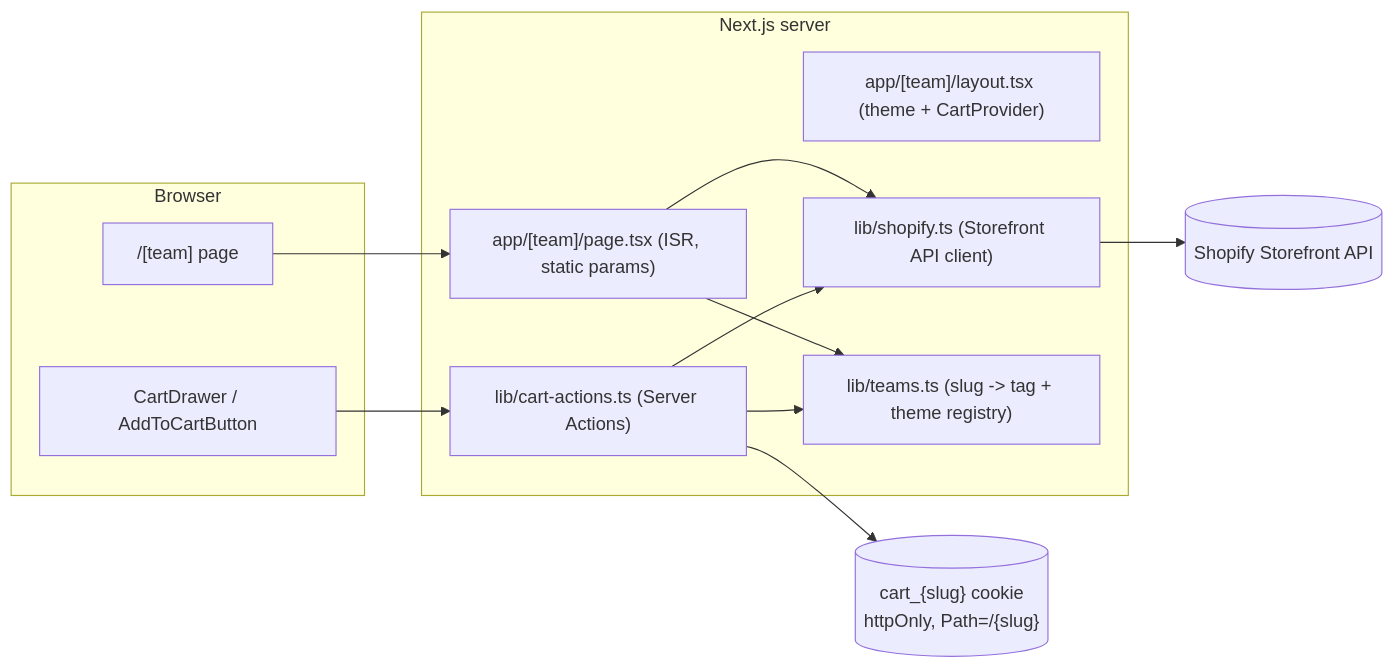
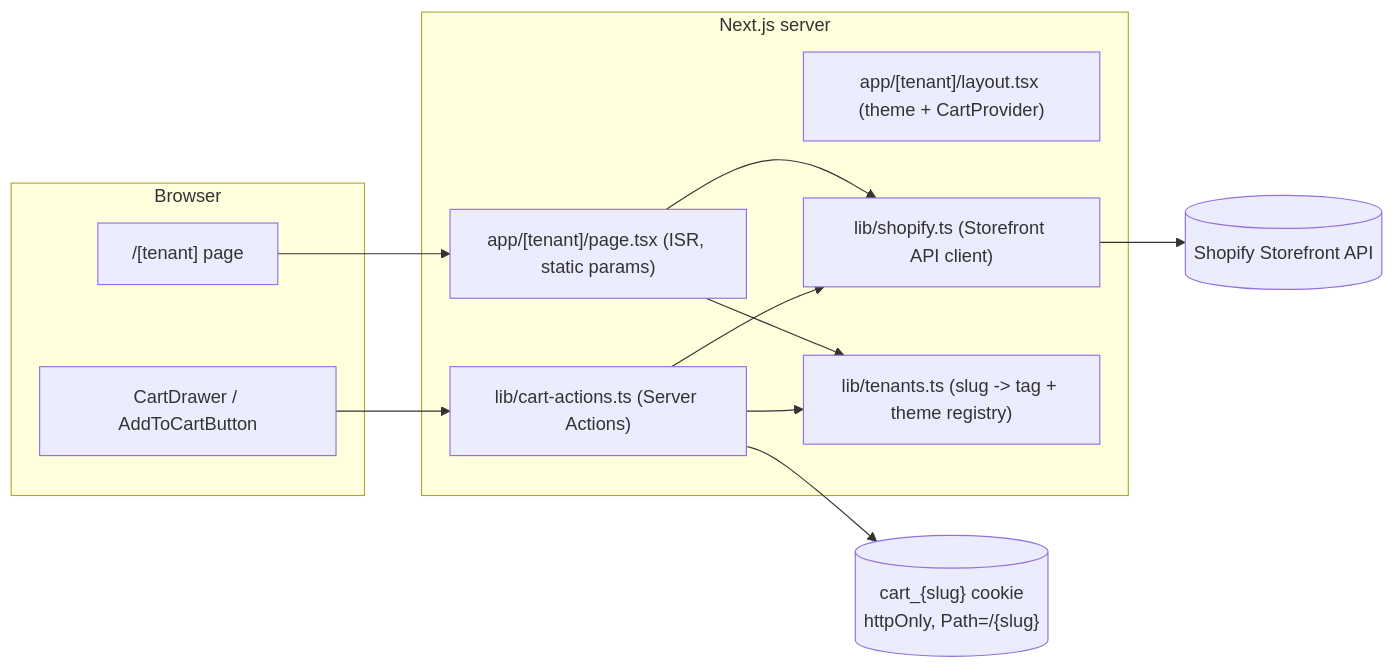
The diagram in README.md (koodikommando/multifront), drawn with Mermaid before and after one commit. The commit also changed other lines of this file and 12 other files, not shown here.

Commit message:
refactor: rename team to tenant across app, routes, and docs

````diff
--- a/README.md
+++ b/README.md
@@ -17,23 +17,23 @@
 ```mermaid
 flowchart LR
     subgraph Browser
-        A["/[team] page"]
+        A["/[tenant] page"]
         B[CartDrawer / AddToCartButton]
     end
     subgraph "Next.js server"
-        C["app/[team]/page.tsx (ISR, static params)"]
-        D["app/[team]/layout.tsx (theme + CartProvider)"]
+        C["app/[tenant]/page.tsx (ISR, static params)"]
+        D["app/[tenant]/layout.tsx (theme + CartProvider)"]
         E["lib/cart-actions.ts (Server Actions)"]
         F["lib/shopify.ts (Storefront API client)"]
-        G["lib/teams.ts (slug -> tag + theme registry)"]
+        G["lib/tenants.ts (slug -> tag + theme registry)"]
     end
     H[(Shopify Storefront API)]
     I[("cart_{slug} cookie\nhttpOnly, Path=/{slug}")]
 
     A --> C --> G
     C --> F --> H
     B --> E
     E --> G
     E --> I
     E --> F
 ```
````
